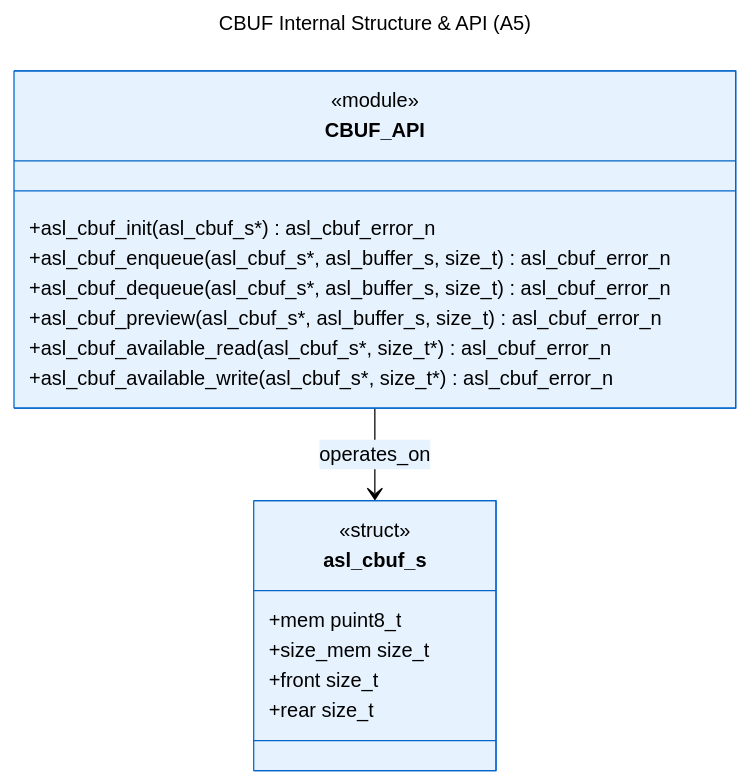
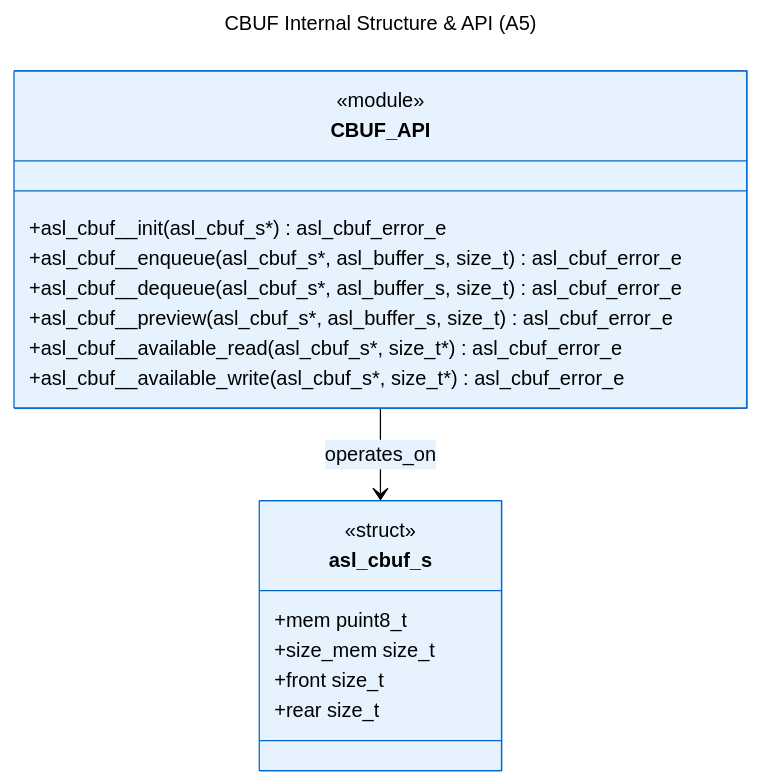
Before and after one commit to ABD-01/quantum-harmony: the first of 2 diagrams in architecture/logical_view_cbuf_overview.md, drawn with Mermaid. The commit also changed other lines of this file and 67 other files, not shown here.

````diff
--- a/architecture/logical_view_cbuf_overview.md
+++ b/architecture/logical_view_cbuf_overview.md
@@ -34,39 +34,39 @@
 ```mermaid
 ---
 title: CBUF Internal Structure & API (A5)
 config:
   theme: base
   themeVariables:
     background: "#ffffff"
     primaryColor: "#e6f3ff"
     primaryTextColor: "#000000"
     primaryBorderColor: "#0066cc"
     lineColor: "#000000"
 ---
 classDiagram
     class asl_cbuf_s {
         <<struct>>
         +mem puint8_t
         +size_mem size_t
         +front size_t
         +rear size_t
     }
     
     class CBUF_API {
         <<module>>
-        +asl_cbuf_init(asl_cbuf_s*) asl_cbuf_error_n
-        +asl_cbuf_enqueue(asl_cbuf_s*, asl_buffer_s, size_t) asl_cbuf_error_n
-        +asl_cbuf_dequeue(asl_cbuf_s*, asl_buffer_s, size_t) asl_cbuf_error_n
-        +asl_cbuf_preview(asl_cbuf_s*, asl_buffer_s, size_t) asl_cbuf_error_n
-        +asl_cbuf_available_read(asl_cbuf_s*, size_t*) asl_cbuf_error_n
-        +asl_cbuf_available_write(asl_cbuf_s*, size_t*) asl_cbuf_error_n
+        +asl_cbuf__init(asl_cbuf_s*) asl_cbuf_error_e
+        +asl_cbuf__enqueue(asl_cbuf_s*, asl_buffer_s, size_t) asl_cbuf_error_e
+        +asl_cbuf__dequeue(asl_cbuf_s*, asl_buffer_s, size_t) asl_cbuf_error_e
+        +asl_cbuf__preview(asl_cbuf_s*, asl_buffer_s, size_t) asl_cbuf_error_e
+        +asl_cbuf__available_read(asl_cbuf_s*, size_t*) asl_cbuf_error_e
+        +asl_cbuf__available_write(asl_cbuf_s*, size_t*) asl_cbuf_error_e
     }
     
     CBUF_API --> asl_cbuf_s : operates_on
     
     classDef cbuf fill:#e6f3ff,stroke:#0066cc,stroke-width:2px
     classDef api fill:#f0f8ff,stroke:#4169e1,stroke-width:2px
     
     class asl_cbuf_s:::cbuf
     class CBUF_API:::api
 ```
````
